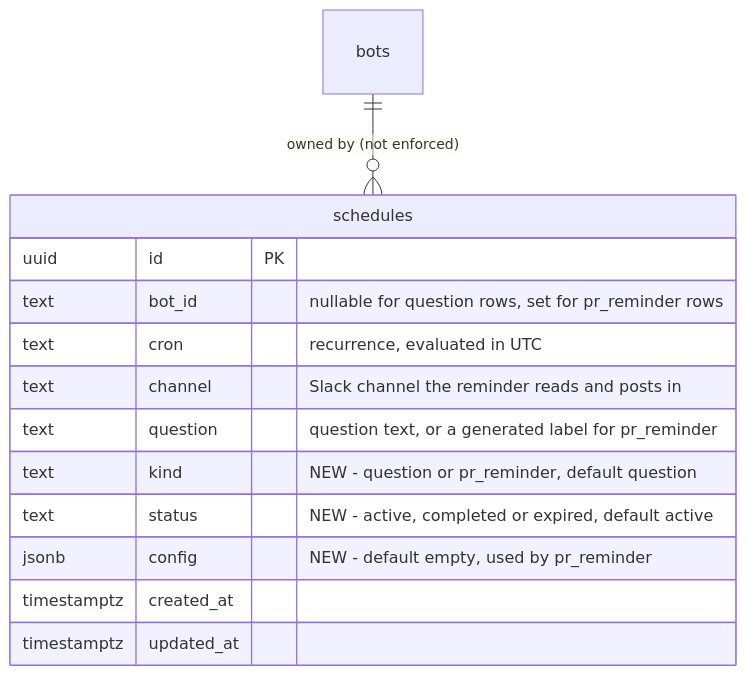
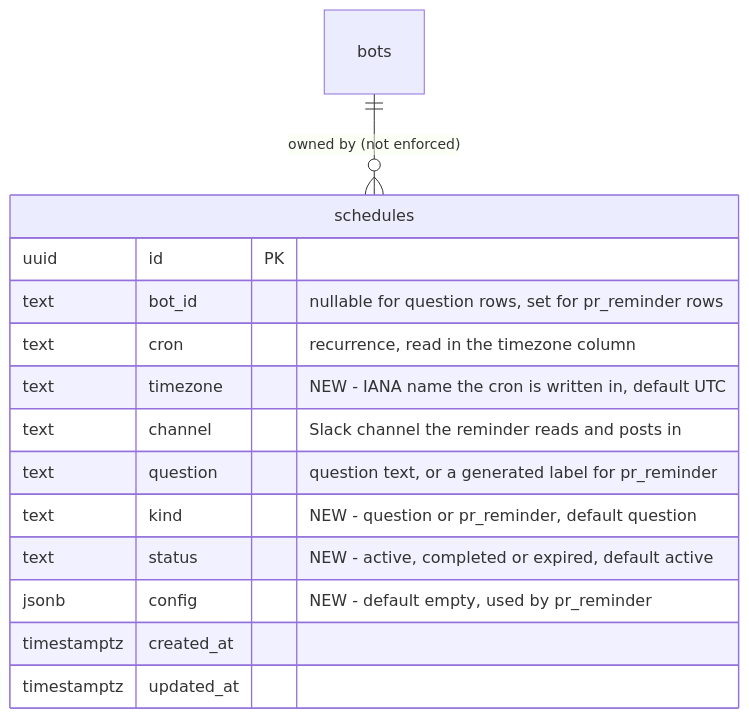
The third of 3 diagrams in docs/pr_review_reminders.md (HungNguyen501/agentic-slack-bot), drawn with Mermaid before and after one commit. The commit also changed other lines of this file and 30 other files, not shown here.

````diff
--- a/docs/pr_review_reminders.md
+++ b/docs/pr_review_reminders.md
@@ -259,17 +261,18 @@
 ```mermaid
 erDiagram
     bots ||--o{ schedules : "owned by (not enforced)"
 
     schedules {
         uuid id PK
         text bot_id "nullable for question rows, set for pr_reminder rows"
-        text cron "recurrence, evaluated in UTC"
+        text cron "recurrence, read in the timezone column"
+        text timezone "NEW - IANA name the cron is written in, default UTC"
         text channel "Slack channel the reminder reads and posts in"
         text question "question text, or a generated label for pr_reminder"
         text kind "NEW - question or pr_reminder, default question"
         text status "NEW - active, completed or expired, default active"
         jsonb config "NEW - default empty, used by pr_reminder"
         timestamptz created_at
         timestamptz updated_at
     }
 ```
````
